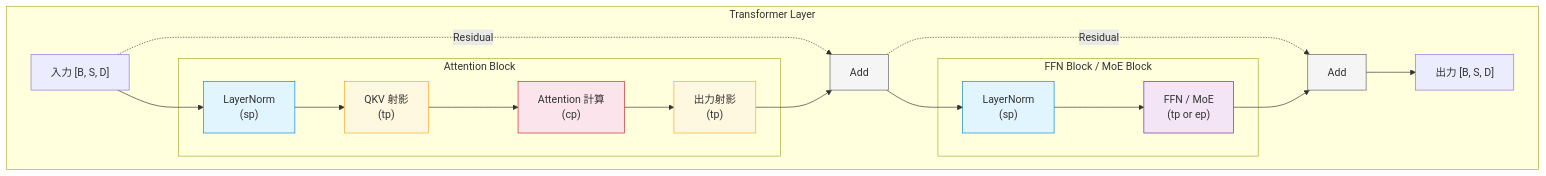
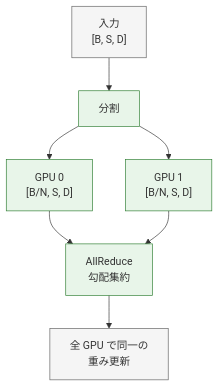
One commit to littlemex/zenn changed the third of 19 diagrams in books/ml-distributed-experiment-collection/transformer-distributed-parallelism.md. Above: the diagram before and after it, drawn with Mermaid. The commit also changed other lines of this file, not shown here.

````diff
--- a/books/ml-distributed-experiment-collection/transformer-distributed-parallelism.md
+++ b/books/ml-distributed-experiment-collection/transformer-distributed-parallelism.md
@@ -198,35 +196,15 @@
 ```mermaid
 graph TB
-    subgraph layer ["Transformer Layer"]
-        Input["入力 [B, S, D]"]
+    Batch["入力<br/>[B, S, D]"] --> Split["分割"]
+    Split --> GPU0["GPU 0<br/>[B/N, S, D]"]
+    Split --> GPU1["GPU 1<br/>[B/N, S, D]"]
+    GPU0 & GPU1 --> AR["AllReduce<br/>勾配集約"]
+    AR --> Sync["全 GPU で同一の<br/>重み更新"]
 
-        subgraph attn_block ["Attention Block"]
-            LN1["LayerNorm<br/>(sp)"]
-            QKV["QKV 射影<br/>(tp)"]
-            Attn["Attention 計算<br/>(cp)"]
-            OutProj["出力射影<br/>(tp)"]
-        end
-
-        subgraph ffn_block ["FFN Block / MoE Block"]
-            LN2["LayerNorm<br/>(sp)"]
-            FFN["FFN / MoE<br/>(tp or ep)"]
-        end
-
-        Input --> LN1
-        Input -.->|"Residual"| Add1
-        LN1 --> QKV --> Attn --> OutProj --> Add1["Add"]
-        Add1 --> LN2
-        Add1 -.->|"Residual"| Add2
-        LN2 --> FFN --> Add2["Add"]
-        Add2 --> Output["出力 [B, S, D]"]
-    end
-
-    style LN1 fill: #e1f5fe,stroke: #0288d1
-    style LN2 fill: #e1f5fe,stroke: #0288d1
-    style QKV fill: #fff8e1,stroke: #f9a825
-    style OutProj fill: #fff8e1,stroke: #f9a825
-    style Attn fill: #fce4ec,stroke: #c62828
-    style FFN fill: #f3e5f5,stroke: #7b1fa2
-    style Add1 fill: #f5f5f5,stroke: #616161
-    style Add2 fill: #f5f5f5,stroke: #616161
+    style Batch fill: #f5f5f5,stroke: #616161
+    style Split fill: #e8f5e9,stroke: #2e7d32
+    style GPU0 fill: #e8f5e9,stroke: #2e7d32
+    style GPU1 fill: #e8f5e9,stroke: #2e7d32
+    style AR fill: #e8f5e9,stroke: #2e7d32
+    style Sync fill: #f5f5f5,stroke: #616161
 ```
````
